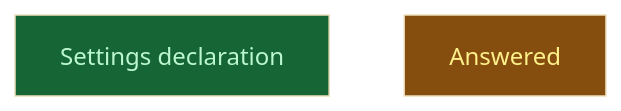
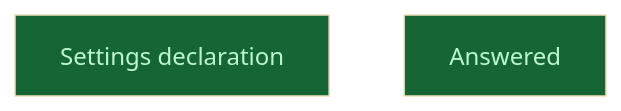
One commit to CrackingShells/Candler changed the diagram in __roadmap__/integrity/causes/checkpoint/snapshot/review/dogfood/parity/README.md. Above: the diagram before and after it, drawn with Mermaid (base theme). The commit also changed other lines of this file and 4 other files, not shown here.

````diff
--- a/__roadmap__/integrity/causes/checkpoint/snapshot/review/dogfood/parity/README.md
+++ b/__roadmap__/integrity/causes/checkpoint/snapshot/review/dogfood/parity/README.md
@@ -19,10 +19,10 @@
 ```mermaid
 graph TD
     declaration[Settings declaration]:::done
-    answered[Answered]:::inprogress
+    answered[Answered]:::done
     classDef done       fill:#166534,color:#bbf7d0
     classDef inprogress fill:#854d0e,color:#fef08a
     classDef planned    fill:#374151,color:#e5e7eb
     classDef amendment  fill:#1e3a5f,color:#bfdbfe
     classDef blocked    fill:#7f1d1d,color:#fecaca
 ```
````
